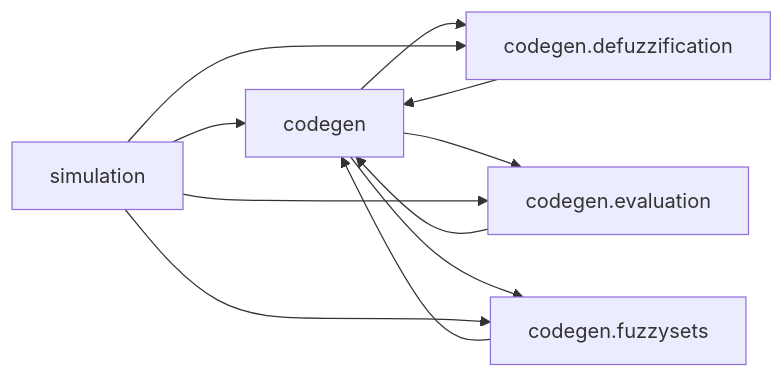
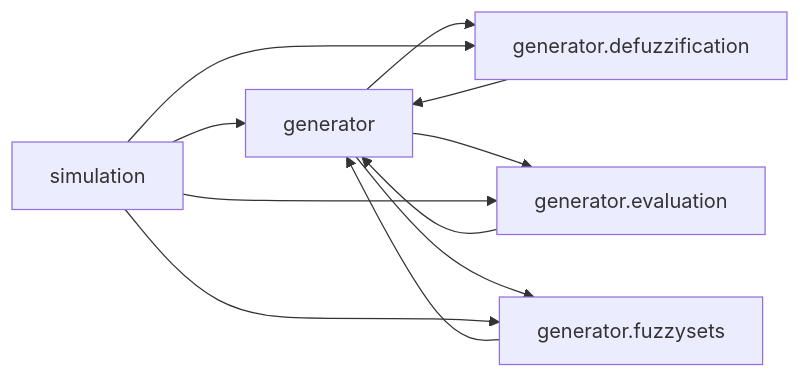
Before and after one commit to PascalUser/FLC-IEC61131-7: the first of 3 diagrams in doc/modules/simulation.md, drawn with Mermaid. The commit also changed other lines of this file and 537 other files, not shown here.

````diff
--- a/doc/modules/simulation.md
+++ b/doc/modules/simulation.md
@@ -29,18 +29,18 @@
 ```mermaid
 flowchart LR
-    codegen["codegen"]
-    codegen_defuzzification["codegen.defuzzification"]
-    codegen_evaluation["codegen.evaluation"]
-    codegen_fuzzysets["codegen.fuzzysets"]
+    generator["generator"]
+    codegen_defuzzification["generator.defuzzification"]
+    codegen_evaluation["generator.evaluation"]
+    codegen_fuzzysets["generator.fuzzysets"]
     simulation["simulation"]
-    codegen --> codegen_defuzzification
-    codegen --> codegen_evaluation
-    codegen --> codegen_fuzzysets
-    codegen_defuzzification --> codegen
-    codegen_evaluation --> codegen
-    codegen_fuzzysets --> codegen
-    simulation --> codegen
+    generator --> codegen_defuzzification
+    generator --> codegen_evaluation
+    generator --> codegen_fuzzysets
+    codegen_defuzzification --> generator
+    codegen_evaluation --> generator
+    codegen_fuzzysets --> generator
+    simulation --> generator
     simulation --> codegen_defuzzification
     simulation --> codegen_evaluation
     simulation --> codegen_fuzzysets
 ```
````
